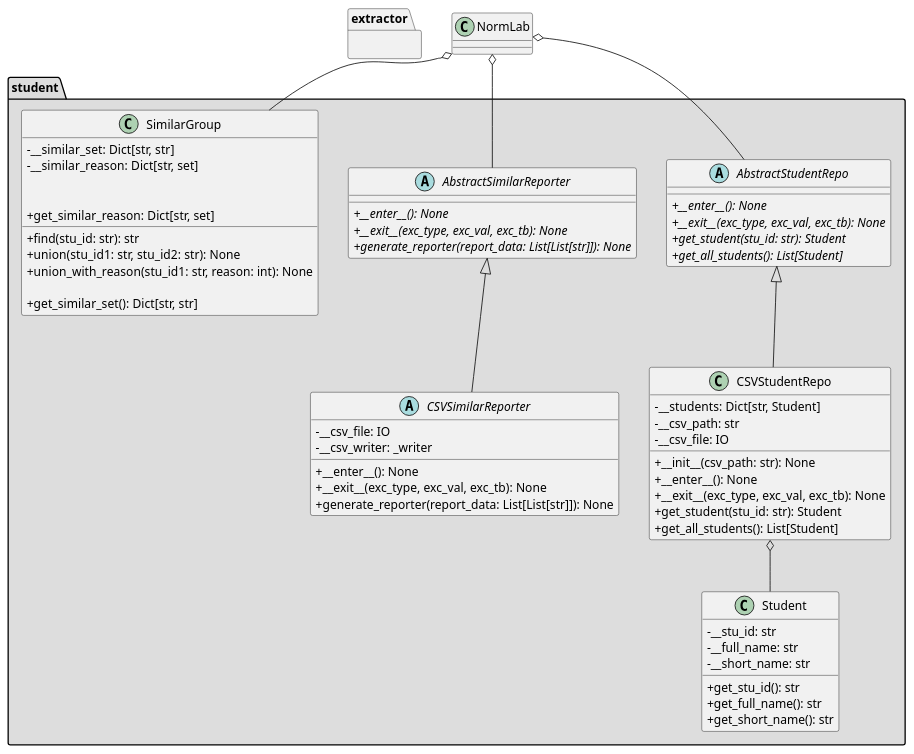
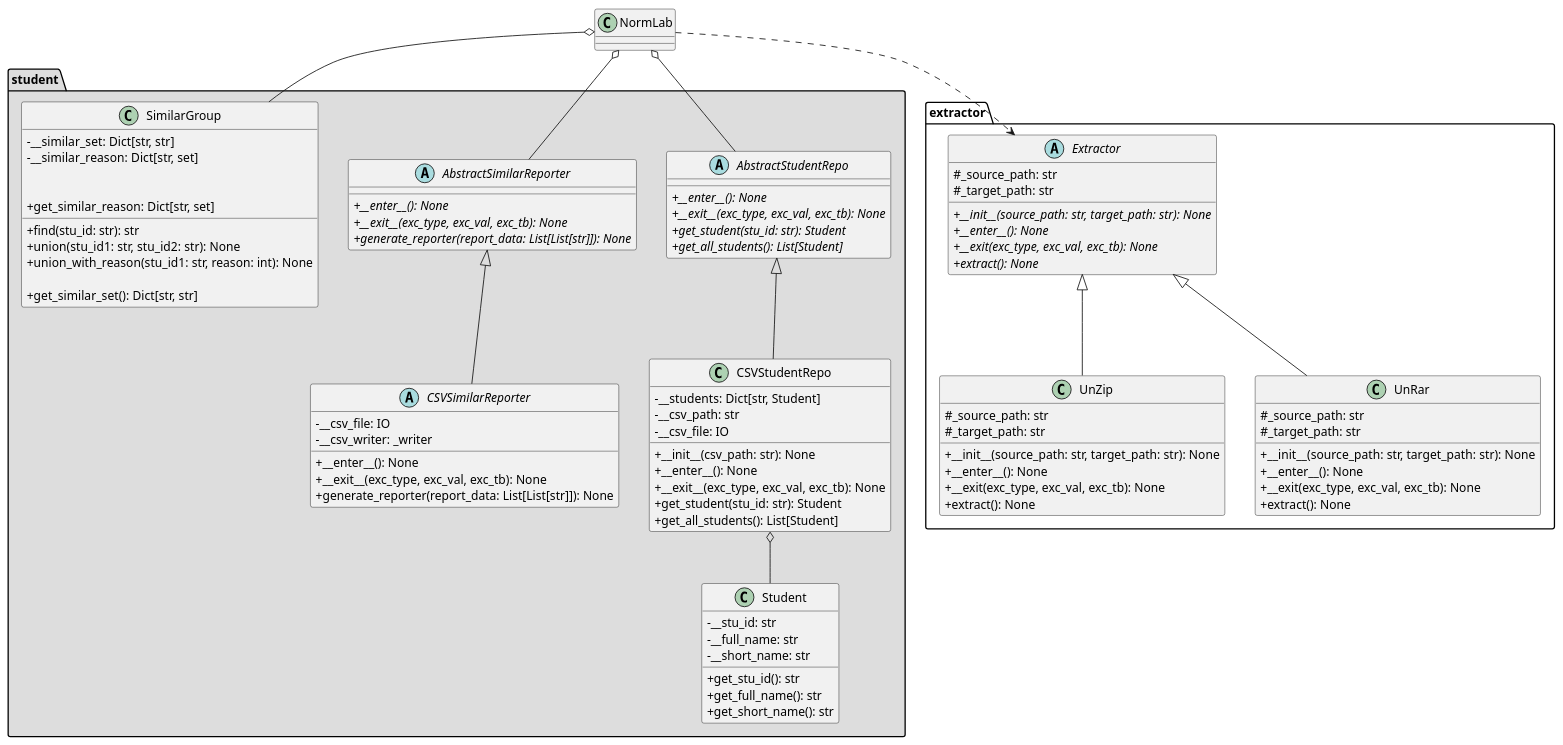
One commit to lixiao189/NormLab changed the diagram in doc/uml.plantuml. Above: the diagram before and after it, drawn with PlantUML.

Commit message:
完成 extractor 包的uml

```diff
--- a/doc/uml.plantuml
+++ b/doc/uml.plantuml
@@ -1,72 +1,101 @@
 @startuml main
 skinparam classAttributeIconSize 0
 package "student" #DDDDDD {
     class Student {
         - __stu_id: str
         - __full_name: str
         - __short_name: str
 
         + get_stu_id(): str
         + get_full_name(): str
         + get_short_name(): str
     }
 
     abstract class AbstractStudentRepo {
         + {abstract} __enter__(): None
         + {abstract} __exit__(exc_type, exc_val, exc_tb): None
         + {abstract} get_student(stu_id: str): Student
         + {abstract} get_all_students(): List[Student]
     }
 
     class CSVStudentRepo extends AbstractStudentRepo {
         - __students: Dict[str, Student]
         - __csv_path: str
         - __csv_file: IO
 
         + __init__(csv_path: str): None
         + __enter__(): None
         + __exit__(exc_type, exc_val, exc_tb): None
         + get_student(stu_id: str): Student
         + get_all_students(): List[Student]
     }
 
     CSVStudentRepo o-- Student
 
     abstract class AbstractSimilarReporter {
         + {abstract} __enter__(): None
         + {abstract} __exit__(exc_type, exc_val, exc_tb): None
         + {abstract} generate_reporter(report_data: List[List[str]]): None
     }
 
     abstract class CSVSimilarReporter extends AbstractSimilarReporter {
         - __csv_file: IO
         - __csv_writer: _writer
         + __enter__(): None
         + __exit__(exc_type, exc_val, exc_tb): None
         + generate_reporter(report_data: List[List[str]]): None
     }
 
     class SimilarGroup {
         - __similar_set: Dict[str, str]
         - __similar_reason: Dict[str, set]
 
         + find(stu_id: str): str
         + union(stu_id1: str, stu_id2: str): None
         + union_with_reason(stu_id1: str, reason: int): None
 
         + get_similar_set(): Dict[str, str]
         + get_similar_reason: Dict[str, set]
     }
 }
 
 package "extractor" {
+    abstract class Extractor {
+        # _source_path: str
+        # _target_path: str
 
+        + {abstract} __init__(source_path: str, target_path: str): None
+        + {abstract} __enter__(): None
+        + {abstract} __exit(exc_type, exc_val, exc_tb): None
+        + {abstract} extract(): None
+    }
+
+    class UnZip extends Extractor {
+        # _source_path: str
+        # _target_path: str
+
+        + __init__(source_path: str, target_path: str): None
+        + __enter__(): None
+        + __exit(exc_type, exc_val, exc_tb): None
+        + extract(): None
+    }
+
+    class UnRar extends Extractor {
+        # _source_path: str
+        # _target_path: str
+
+        + __init__(source_path: str, target_path: str): None
+        + __enter__(): None
+        + __exit(exc_type, exc_val, exc_tb): None
+        + extract(): None
+    }
 }
 
 class NormLab {
 }
 
 NormLab o-- AbstractSimilarReporter
 NormLab o-- AbstractStudentRepo
 NormLab o-- SimilarGroup
+NormLab ..> Extractor
 @enduml
```
